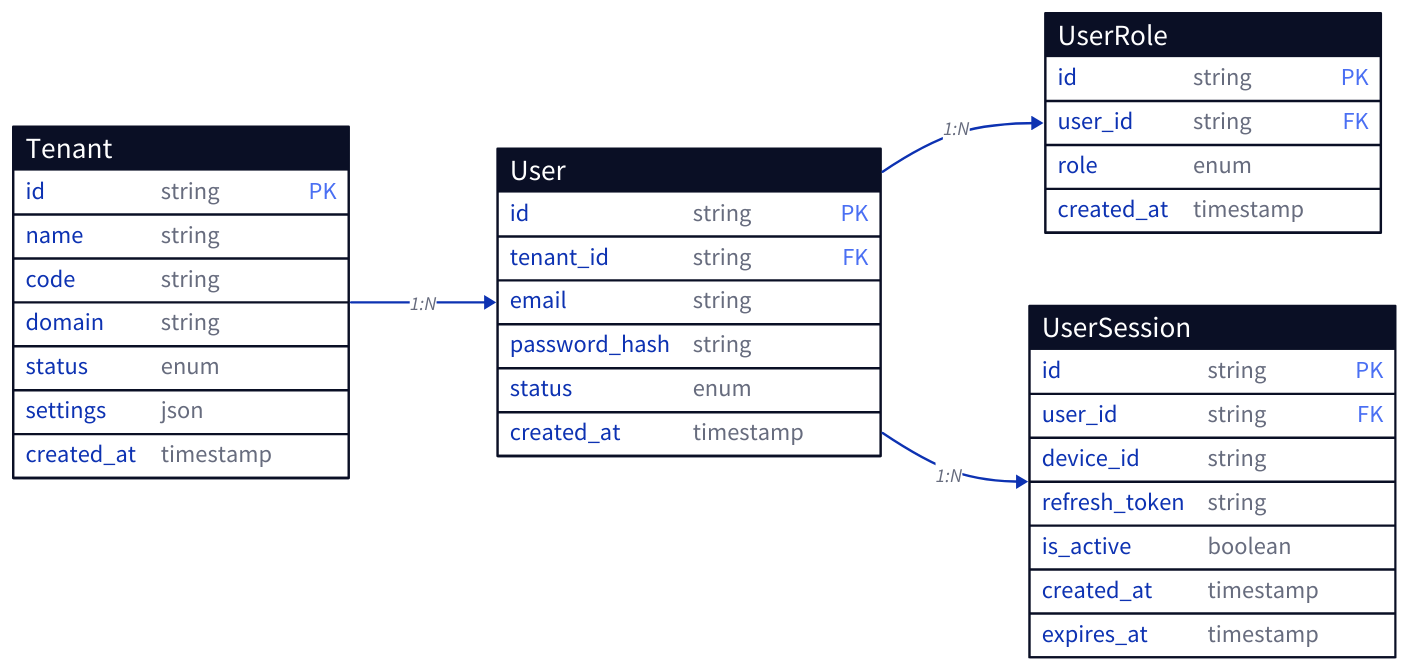
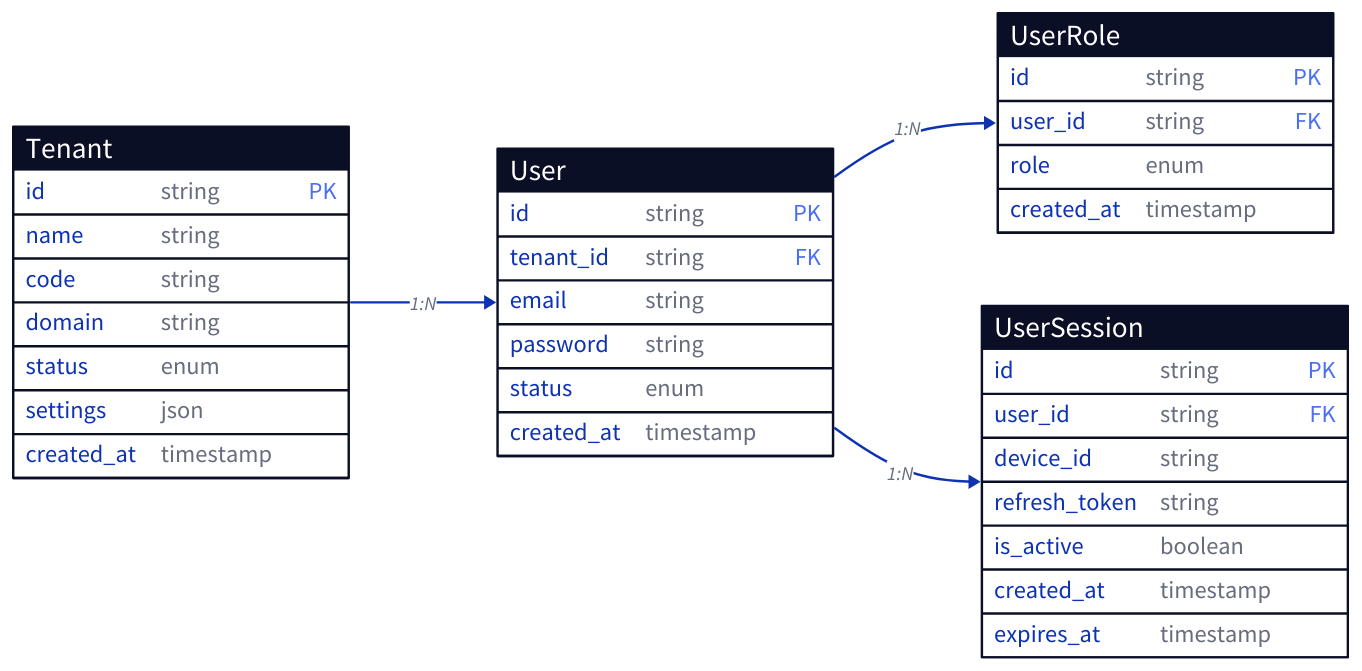
The eighth of 8 diagrams in spec/modules/auth.md (philongdanh/lms), drawn with D2 before and after one commit. The commit also changed other lines of this file and 5 other files, not shown here.

````diff
--- a/spec/modules/auth.md
+++ b/spec/modules/auth.md
@@ -185,47 +185,47 @@
 ```d2
 direction: right
 
 Tenant: {
   shape: sql_table
   id: string {constraint: primary_key}
   name: string
   code: string
   domain: string
   status: enum
   settings: json
   created_at: timestamp
 }
 
 User: {
   shape: sql_table
   id: string {constraint: primary_key}
   tenant_id: string {constraint: foreign_key}
   email: string
-  password_hash: string
+  password: string
   status: enum
   created_at: timestamp
 }
 
 UserRole: {
   shape: sql_table
   id: string {constraint: primary_key}
   user_id: string {constraint: foreign_key}
   role: enum
   created_at: timestamp
 }
 
 UserSession: {
   shape: sql_table
   id: string {constraint: primary_key}
   user_id: string {constraint: foreign_key}
   device_id: string
   refresh_token: string
   is_active: boolean
   created_at: timestamp
   expires_at: timestamp
 }
 
 Tenant -> User: 1:N
 User -> UserRole: 1:N
 User -> UserSession: 1:N
 ```
````
